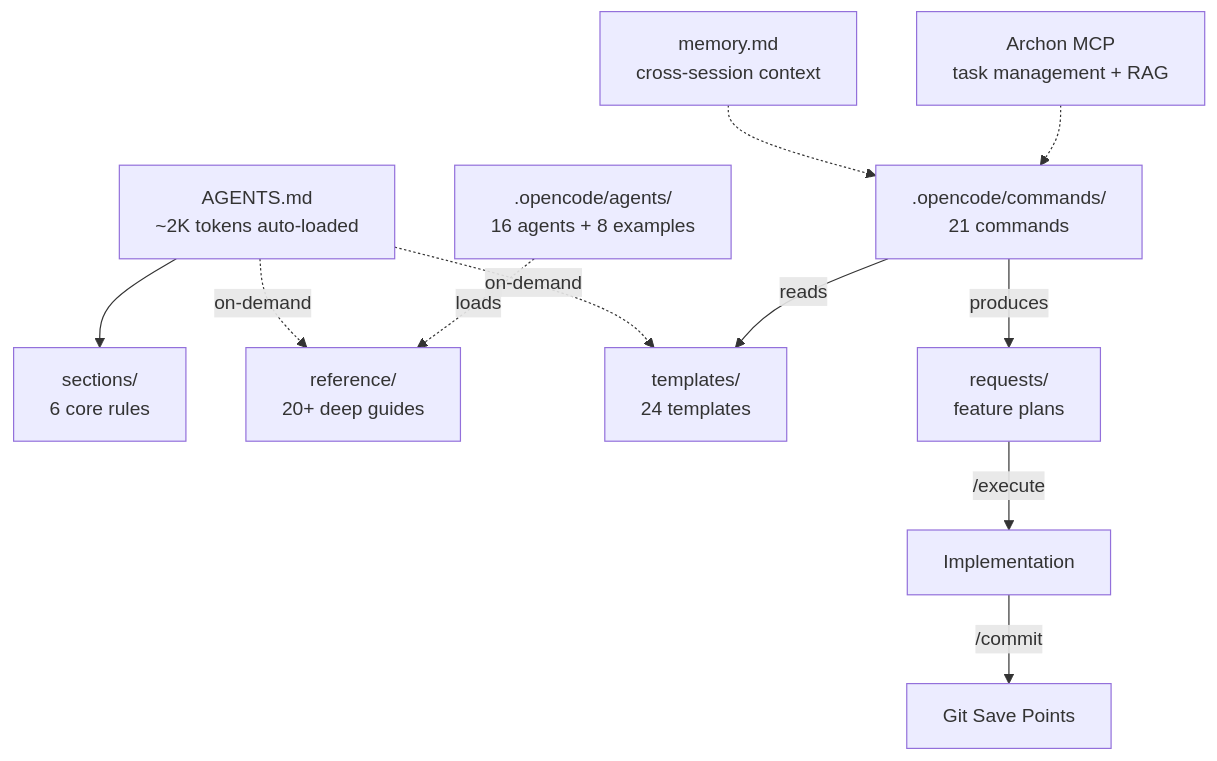
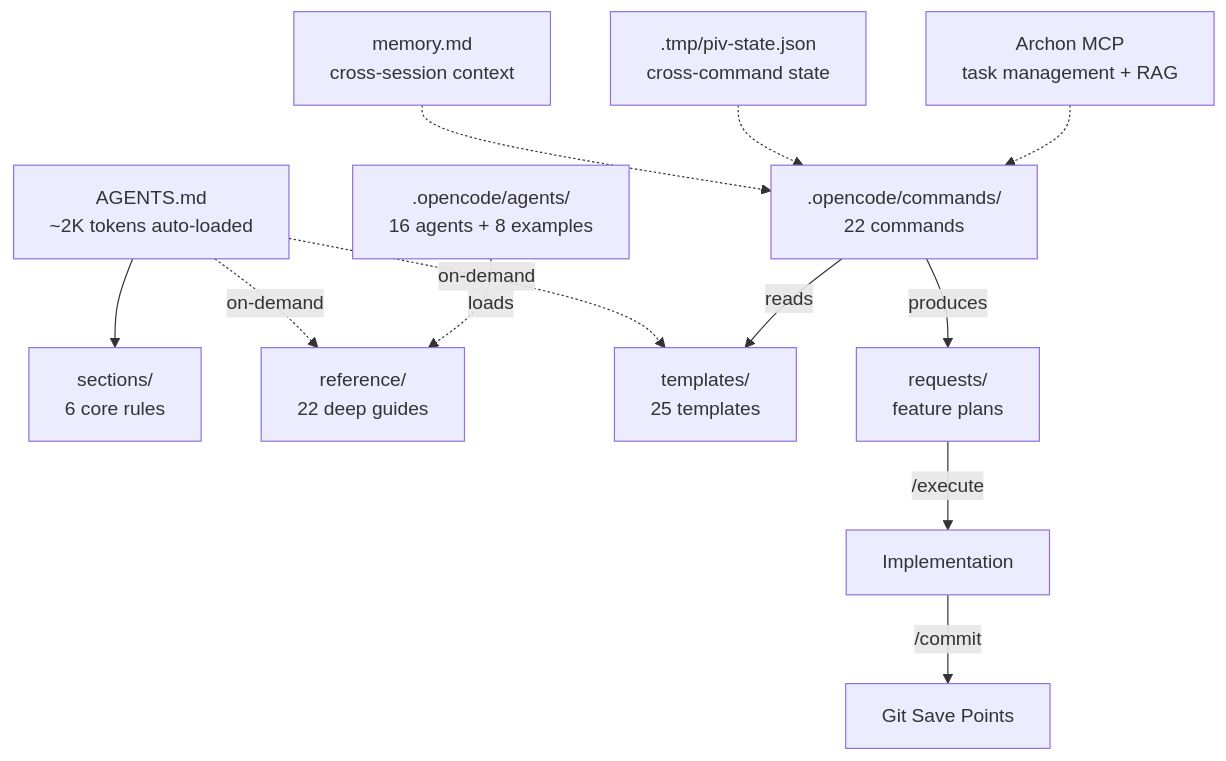
The second of 2 diagrams in README.md (ryanjosebrosas/original-coding-system), drawn with Mermaid before and after one commit. The commit also changed other lines of this file and 35 other files, not shown here.

````diff
--- a/README.md
+++ b/README.md
@@ -46,17 +46,18 @@
 ```mermaid
 graph TD
     AGENTS["AGENTS.md<br/>~2K tokens auto-loaded"] --> S["sections/<br/>6 core rules"]
-    AGENTS -.->|"on-demand"| R["reference/<br/>20+ deep guides"]
-    AGENTS -.->|"on-demand"| T["templates/<br/>24 templates"]
+    AGENTS -.->|"on-demand"| R["reference/<br/>22 deep guides"]
+    AGENTS -.->|"on-demand"| T["templates/<br/>25 templates"]
 
-    CMD[".opencode/commands/<br/>21 commands"] -->|"reads"| T
+    CMD[".opencode/commands/<br/>22 commands"] -->|"reads"| T
     CMD -->|"produces"| REQ["requests/<br/>feature plans"]
 
     AG[".opencode/agents/<br/>16 agents + 8 examples"] -.->|"loads"| R
 
     MEM["memory.md<br/>cross-session context"] -.-> CMD
+    STATE[".tmp/piv-state.json<br/>cross-command state"] -.-> CMD
     ARCHON["Archon MCP<br/>task management + RAG"] -.-> CMD
 
     REQ -->|"/execute"| IMPL["Implementation"]
     IMPL -->|"/commit"| GIT["Git Save Points"]
 ```
````
